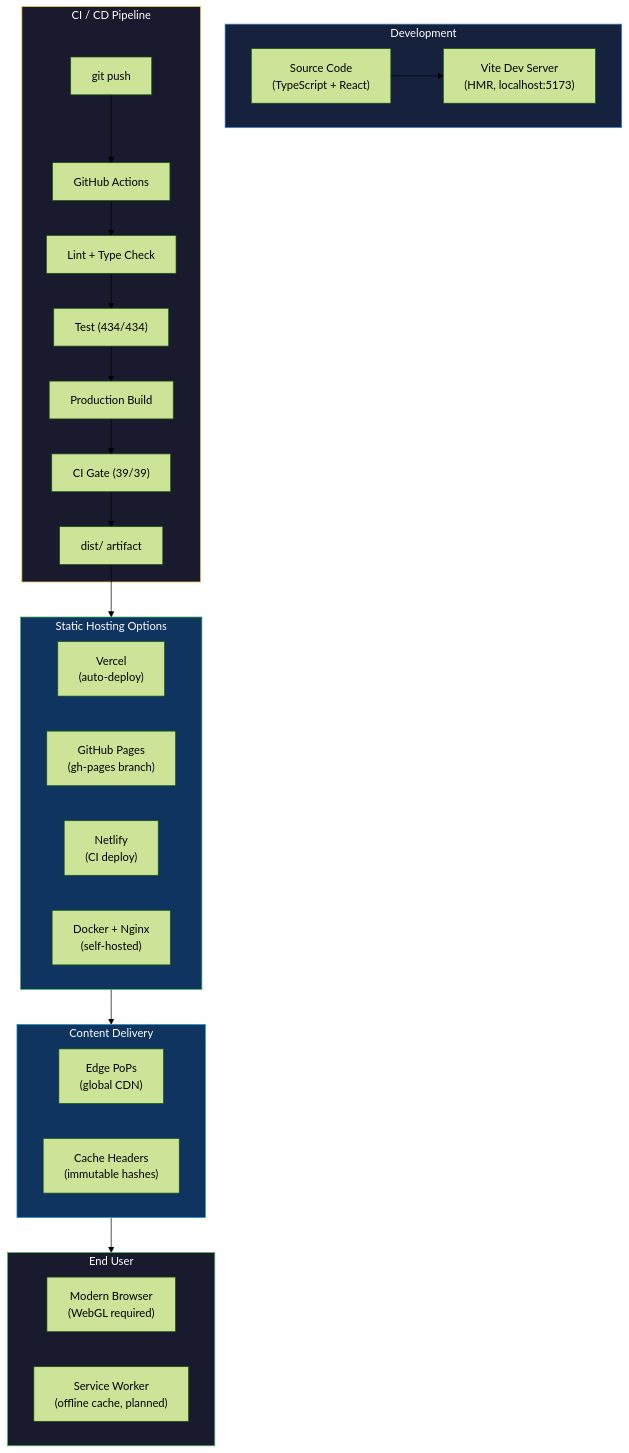
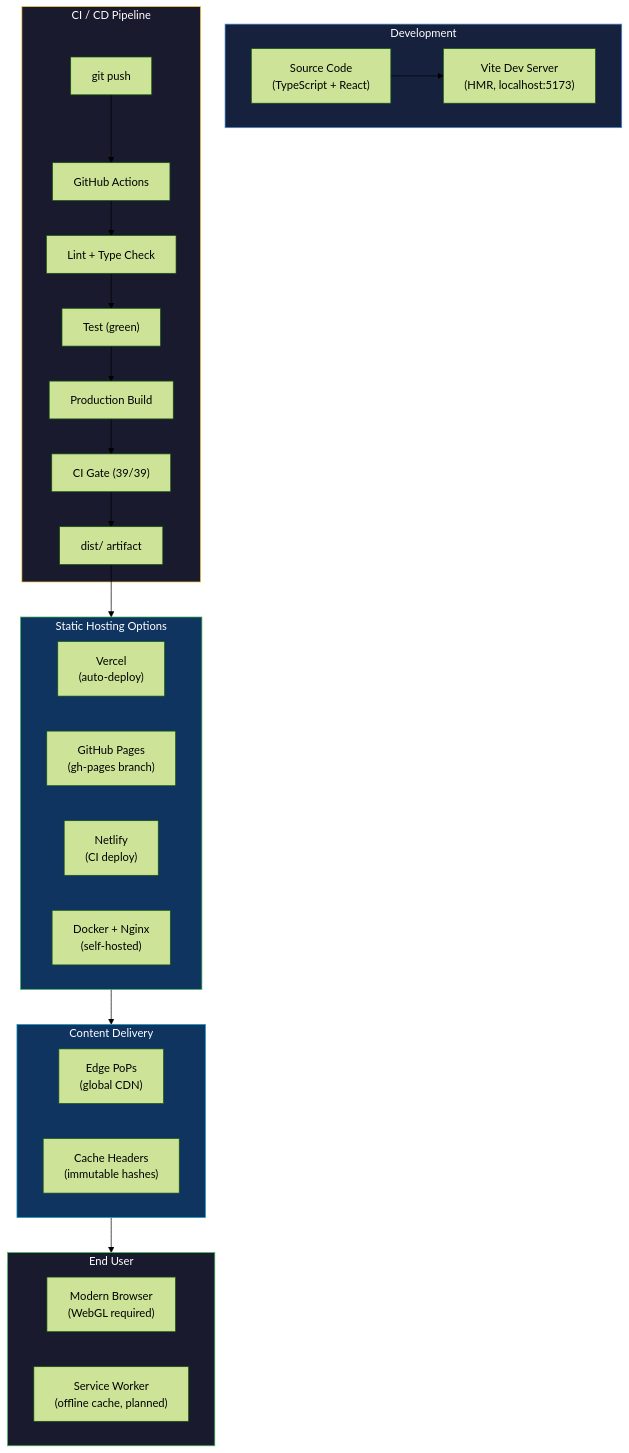
Diagram 15 of 15 in README.md (mustafaras/belief_emergence), drawn with Mermaid (forest theme) before and after one commit. The commit also changed other lines of this file and 8 other files, not shown here.

````diff
--- a/README.md
+++ b/README.md
@@ -3364,48 +3364,48 @@
 ```mermaid
 flowchart TB
     subgraph Dev["Development"]
         Code["Source Code\n(TypeScript + React)"]
         DevServer["Vite Dev Server\n(HMR, localhost:5173)"]
         Code --> DevServer
     end
 
     subgraph CI["CI / CD Pipeline"]
         Push["git push"]
         GHA["GitHub Actions"]
         Lint2["Lint + Type Check"]
-        Test2["Test (434/434)"]
+        Test2["Test (green)"]
         Build2["Production Build"]
         Gate2["CI Gate (39/39)"]
         Artifact["dist/ artifact"]
 
         Push --> GHA --> Lint2 --> Test2 --> Build2 --> Gate2 --> Artifact
     end
 
     subgraph Hosting["Static Hosting Options"]
         direction LR
         VercelH["Vercel\n(auto-deploy)"]
         GHPagesH["GitHub Pages\n(gh-pages branch)"]
         NetlifyH["Netlify\n(CI deploy)"]
         DockerH["Docker + Nginx\n(self-hosted)"]
     end
 
     subgraph CDN["Content Delivery"]
         EdgePOP["Edge PoPs\n(global CDN)"]
         Cache["Cache Headers\n(immutable hashes)"]
     end
 
     subgraph Client["End User"]
         Browser["Modern Browser\n(WebGL required)"]
         ServiceWorker["Service Worker\n(offline cache, planned)"]
     end
 
     Artifact --> Hosting
     Hosting --> CDN
     CDN --> Client
 
     style Dev fill:#16213e,stroke:#4c8eda,color:#fff
     style CI fill:#1a1a2e,stroke:#f5c842,color:#fff
     style Hosting fill:#0f3460,stroke:#3fb950,color:#fff
     style CDN fill:#0f3460,stroke:#149eca,color:#fff
     style Client fill:#1a1a2e,stroke:#3fb950,color:#fff
 ```
````
